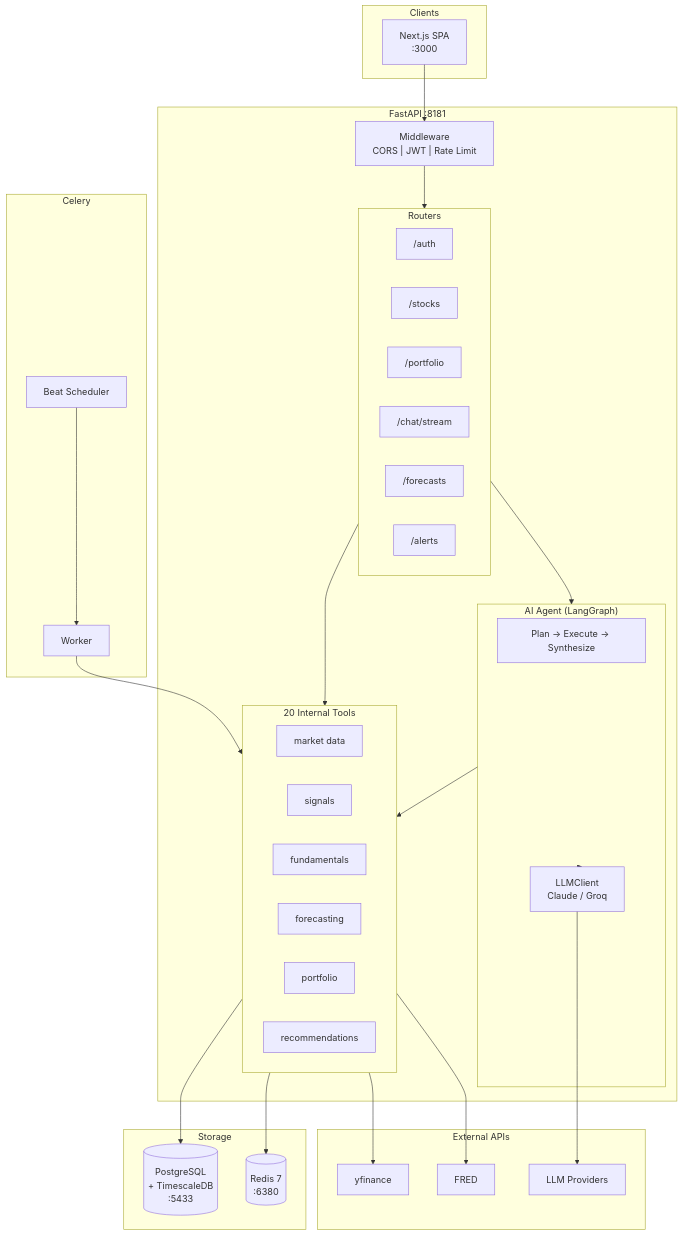
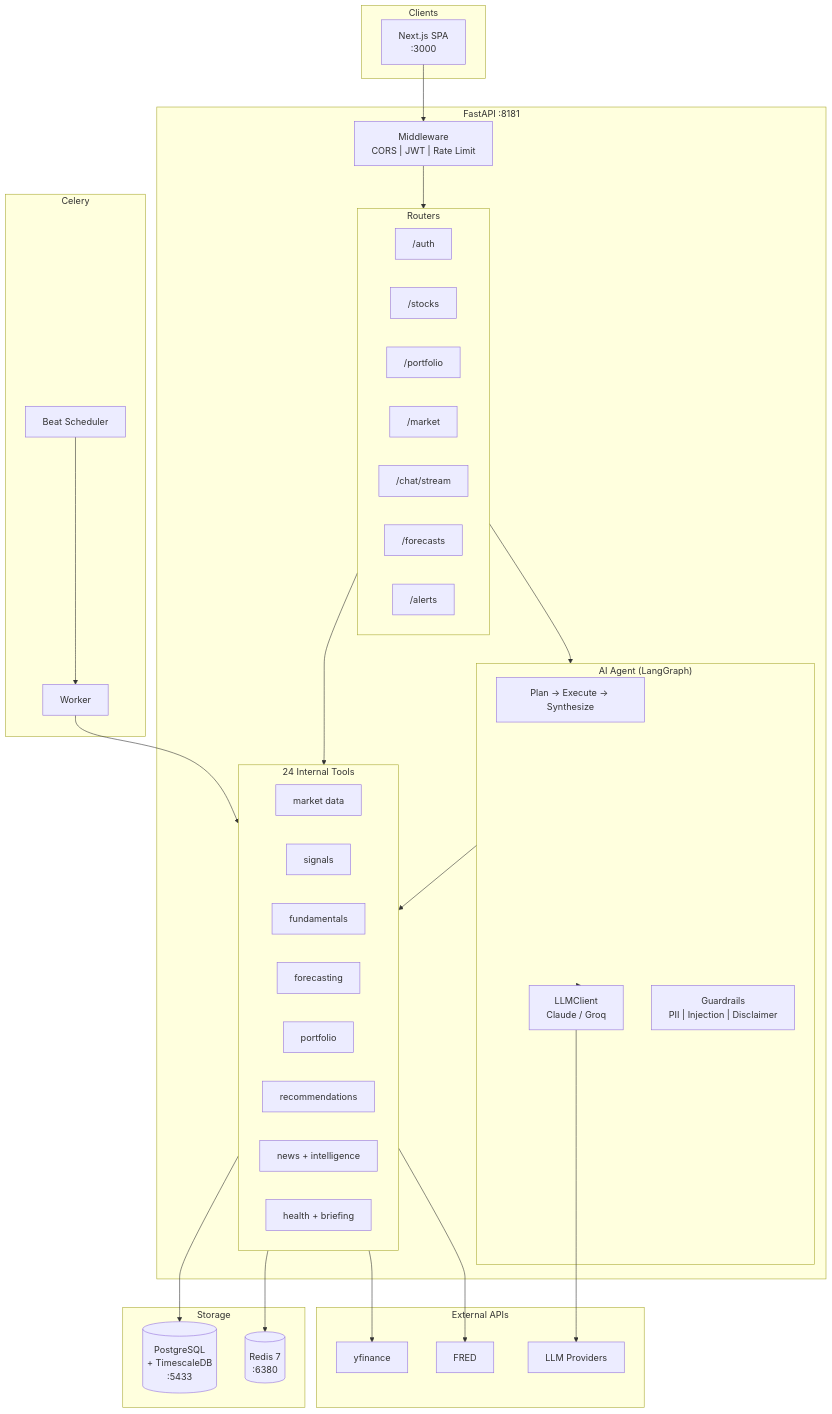
The diagram in README.md (vipulbhatia29/stock-signal-platform), drawn with Mermaid before and after one commit.

Commit message:
docs: update README Mermaid diagram — 24 tools, /market router, guardrails, new tool nodes

````diff
--- a/README.md
+++ b/README.md
@@ -254,63 +254,67 @@
 ```mermaid
 graph TB
     subgraph Clients
         NextJS["Next.js SPA<br/>:3000"]
     end
 
     subgraph FastAPI["FastAPI :8181"]
         MW["Middleware<br/>CORS | JWT | Rate Limit"]
 
         subgraph Routers
             R_Auth["/auth"]
             R_Stocks["/stocks"]
             R_Portfolio["/portfolio"]
+            R_Market["/market"]
             R_Chat["/chat/stream"]
             R_Forecast["/forecasts"]
             R_Alerts["/alerts"]
         end
 
-        subgraph Tools["20 Internal Tools"]
+        subgraph Tools["24 Internal Tools"]
             T_Market["market data"]
             T_Signals["signals"]
             T_Fund["fundamentals"]
             T_Forecast["forecasting"]
             T_Portfolio["portfolio"]
             T_Recs["recommendations"]
+            T_Intel["news + intelligence"]
+            T_Health["health + briefing"]
         end
 
         subgraph Agent["AI Agent (LangGraph)"]
             AG["Plan → Execute → Synthesize"]
             LLM["LLMClient<br/>Claude / Groq"]
+            Guards["Guardrails<br/>PII | Injection | Disclaimer"]
         end
     end
 
     subgraph Storage
         PG[("PostgreSQL<br/>+ TimescaleDB<br/>:5433")]
         Redis[("Redis 7<br/>:6380")]
     end
 
     subgraph Background["Celery"]
         CW["Worker"]
         CB["Beat Scheduler"]
     end
 
     subgraph External["External APIs"]
         YF["yfinance"]
         FRED["FRED"]
         Groq["LLM Providers"]
     end
 
     NextJS --> MW
     MW --> Routers
     Routers --> Tools
     Routers --> Agent
     Agent --> Tools
     Agent --> LLM
     Tools --> PG
     Tools --> Redis
     CB --> CW
     CW --> Tools
     Tools --> YF
     Tools --> FRED
     LLM --> Groq
 ```
````
